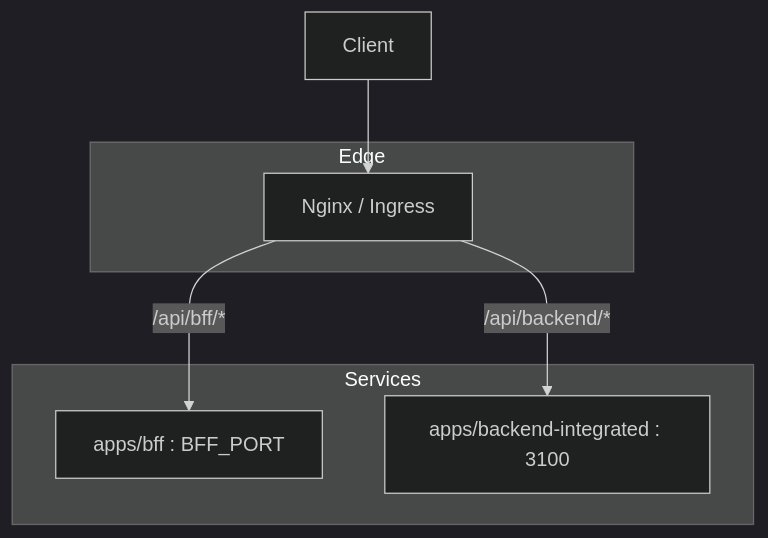
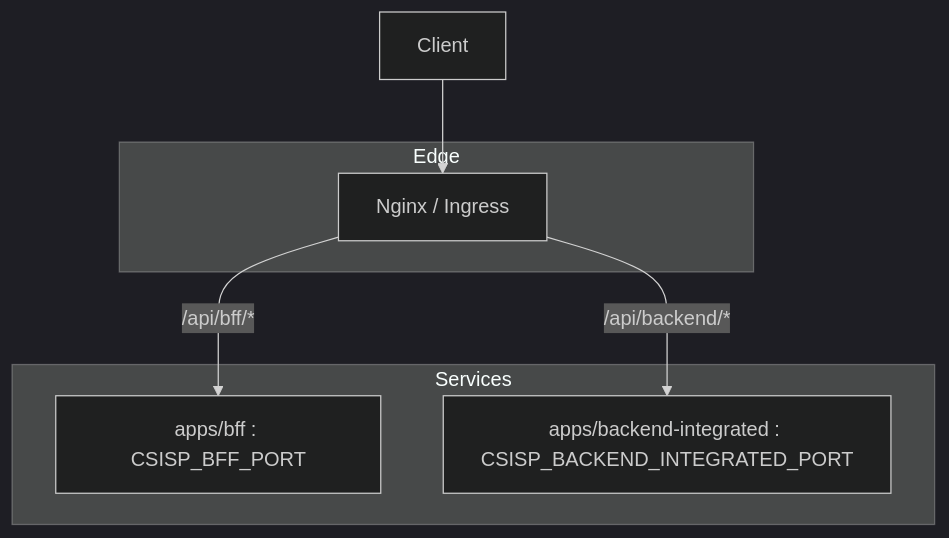
Before and after one commit to LZStarV/CSISP: the third of 3 diagrams in docs-refer/bff/BFF架构详细设计文档.md, drawn with Mermaid (dark theme). The commit also changed other lines of this file and 62 other files, not shown here.

````diff
--- a/docs-refer/bff/BFF架构详细设计文档.md
+++ b/docs-refer/bff/BFF架构详细设计文档.md
@@ -205,13 +205,13 @@
 ```mermaid
 flowchart TB
   subgraph Edge
     Nginx[Nginx / Ingress]
   end
   subgraph Services
-    BFF[apps/bff : BFF_PORT]
-    BE[apps/backend-integrated : 3100]
+    BFF[apps/bff : CSISP_BFF_PORT]
+    BE[apps/backend-integrated : CSISP_BACKEND_INTEGRATED_PORT]
   end
   Client --> Nginx
   Nginx -->|/api/bff/*| BFF
   Nginx -->|/api/backend/*| BE
 ```
````
